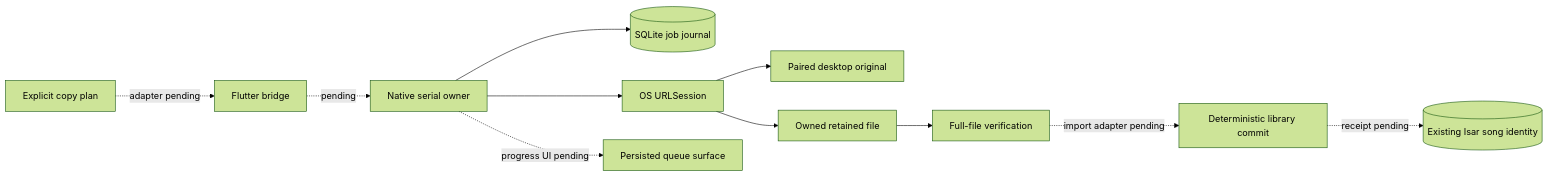
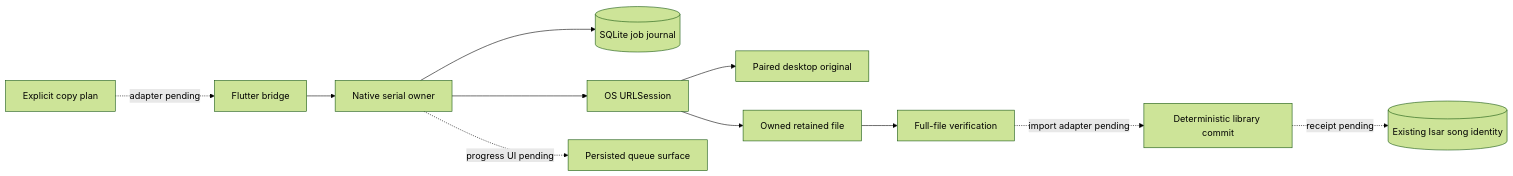
One commit to Lokal-music/lokal-mobile changed the first of 2 diagrams in docs/IOS_TRANSFERS.md. Above: the diagram before and after it, drawn with Mermaid (forest theme). The commit also changed other lines of this file and 41 other files, not shown here.

````diff
--- a/docs/IOS_TRANSFERS.md
+++ b/docs/IOS_TRANSFERS.md
@@ -11,13 +13,13 @@
 ```mermaid
 flowchart LR
   Plan[Explicit copy plan] -. adapter pending .-> Bridge[Flutter bridge]
-  Bridge -. pending .-> Runtime[Native serial owner]
+  Bridge --> Runtime[Native serial owner]
   Runtime --> Journal[(SQLite job journal)]
   Runtime --> Session[OS URLSession]
   Session --> Desktop[Paired desktop original]
   Session --> Owned[Owned retained file]
   Owned --> Hash[Full-file verification]
   Hash -. import adapter pending .-> Import[Deterministic library commit]
   Import -. receipt pending .-> Library[(Existing Isar song identity)]
   Runtime -. progress UI pending .-> UI[Persisted queue surface]
 ```
````
